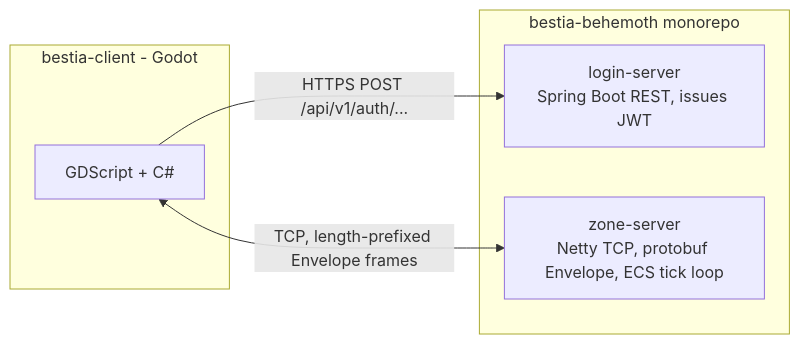
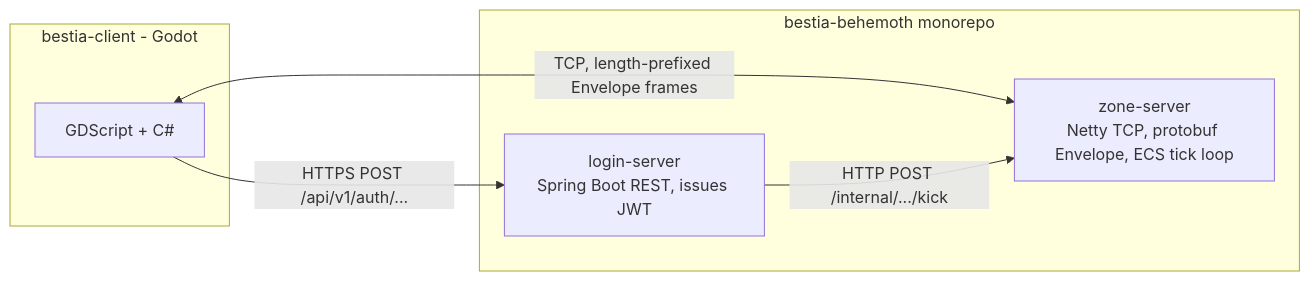
One commit to tfelix/bestia-docs changed the diagram in content/docs/server/overview.md. Above: the diagram before and after it, drawn with Mermaid. The commit also changed other lines of this file and 2 other files, not shown here.

First line of the commit message:
docs(server): the login server kicks accounts on the zones

````diff
--- a/content/docs/server/overview.md
+++ b/content/docs/server/overview.md
@@ -17,14 +17,15 @@
 ```mermaid
 graph LR
   subgraph Client [bestia-client - Godot]
     C[GDScript + C#]
   end
 
   subgraph Backend [bestia-behemoth monorepo]
     LOGIN["login-server<br/>Spring Boot REST, issues JWT"]
     ZONE["zone-server<br/>Netty TCP, protobuf Envelope, ECS tick loop"]
   end
 
   C -- "HTTPS POST /api/v1/auth/..." --> LOGIN
   C <-- "TCP, length-prefixed Envelope frames" --> ZONE
+  LOGIN -- "HTTP POST /internal/.../kick" --> ZONE
 ```
````
